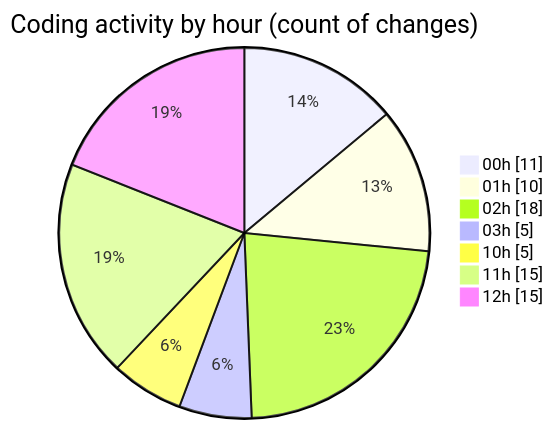
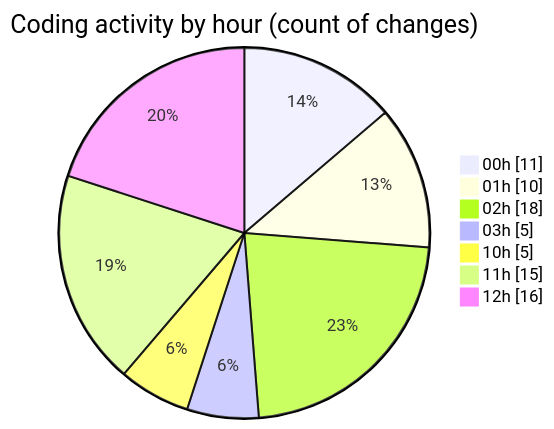
The second of 2 diagrams in 2025-11-02/cdp_aleoudev_fr__workspace_/README.md (julien-gomy/code-tracking), drawn with Mermaid before and after one commit. The commit also changed other lines of this file and 1 other file, not shown here.

````diff
--- a/2025-11-02/cdp_aleoudev_fr__workspace_/README.md
+++ b/2025-11-02/cdp_aleoudev_fr__workspace_/README.md
@@ -34,11 +34,11 @@
 ```mermaid
 pie showData
 title Coding activity by hour (count of changes)
 "00h" : 11
 "01h" : 10
 "02h" : 18
 "03h" : 5
 "10h" : 5
 "11h" : 15
-"12h" : 15
+"12h" : 16
 ```
````
